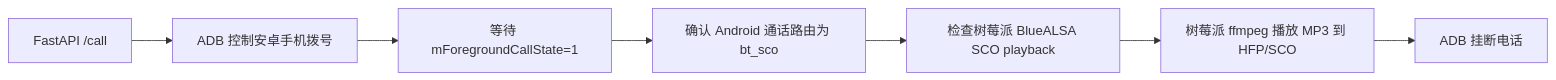
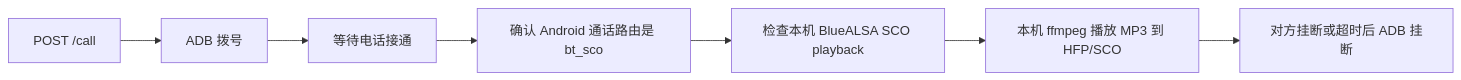
Before and after one commit to liuzhuogood/AutoCallBot: the diagram in README.md, drawn with Mermaid. The commit also changed other lines of this file and 17 other files, not shown here.

````diff
--- a/README.md
+++ b/README.md
@@ -39,9 +7,9 @@
 ```mermaid
 flowchart LR
-    A["FastAPI /call"] --> B["ADB 控制安卓手机拨号"]
-    B --> C["等待 mForegroundCallState=1"]
-    C --> D["确认 Android 通话路由为 bt_sco"]
-    D --> E["检查树莓派 BlueALSA SCO playback"]
-    E --> F["树莓派 ffmpeg 播放 MP3 到 HFP/SCO"]
-    F --> G["ADB 挂断电话"]
+    A["POST /call"] --> B["ADB 拨号"]
+    B --> C["等待电话接通"]
+    C --> D["确认 Android 通话路由是 bt_sco"]
+    D --> E["检查本机 BlueALSA SCO playback"]
+    E --> F["本机 ffmpeg 播放 MP3 到 HFP/SCO"]
+    F --> G["对方挂断或超时后 ADB 挂断"]
 ```
````
